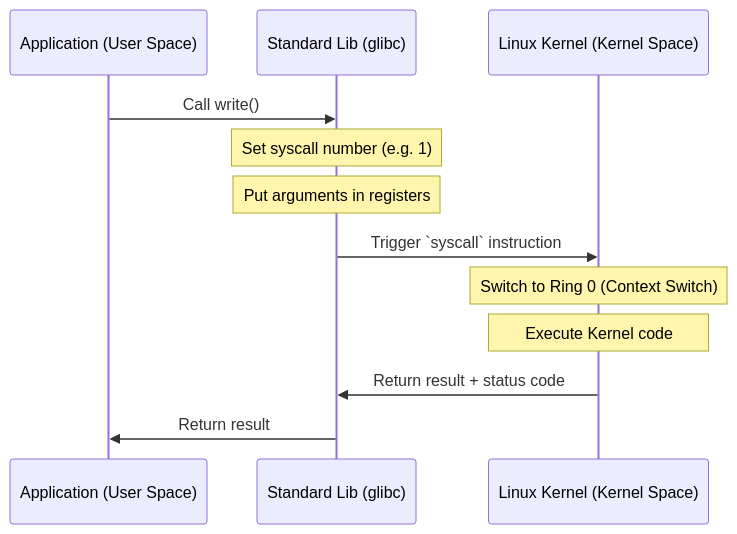
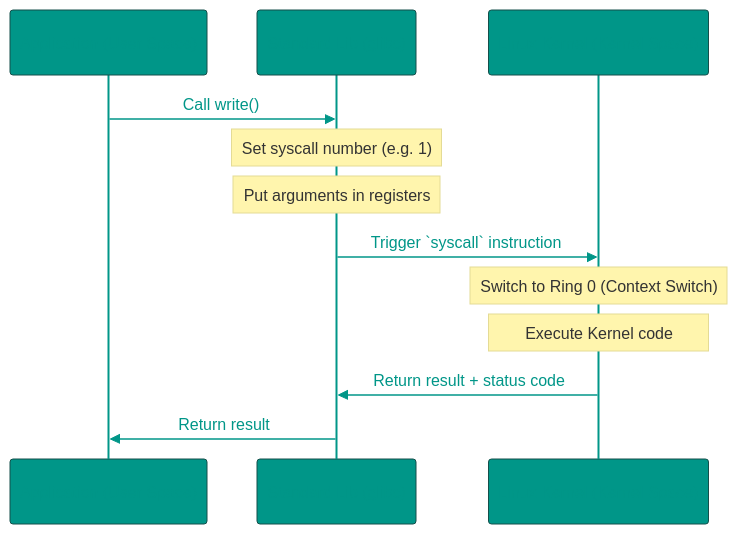
Before and after one commit to IBraveMonkey/data_structure-algorithms: the diagram in rus/информатика(теория)/04_linux/4.system_Calls.md, drawn with Mermaid. The commit also changed other lines of this file and 772 other files, not shown here.

````diff
--- a/rus/информатика(теория)/04_linux/4.system_Calls.md
+++ b/rus/информатика(теория)/04_linux/4.system_Calls.md
@@ -29,15 +32,24 @@
 ```mermaid
+%%{init: { 'theme': 'base', 'themeVariables': { 'lineColor': '#009688', 'primaryColor': '#009688', 'primaryTextColor': '#009688', 'attributeBkg': '#009688', 'attributeTextColor': '#009688', 'signalColor': '#009688', 'actorLineColor': '#009688', 'nodeBorder': '#009688', 'clusterBorder': '#009688', 'textColor': '#009688', 'fontSize': '16px' } } }%%
 sequenceDiagram
     participant App as Application (User Space)
     participant Lib as Standard Lib (glibc)
     participant Kern as Linux Kernel (Kernel Space)
 
     App->>Lib: Call write()
     Note over Lib: Set syscall number (e.g. 1)
     Note over Lib: Put arguments in registers
     Lib->>Kern: Trigger `syscall` instruction
     Note over Kern: Switch to Ring 0 (Context Switch)
     Note over Kern: Execute Kernel code
     Kern->>Lib: Return result + status code
     Lib->>App: Return result
+    %%{init: { 'theme': 'base', 'themeVariables': { 'signalColor': '#009688', 'signalTextColor': '#009688', 'primaryColor': '#009688' } } }%%
+
+
+
+
+
+
+
 ```
````
